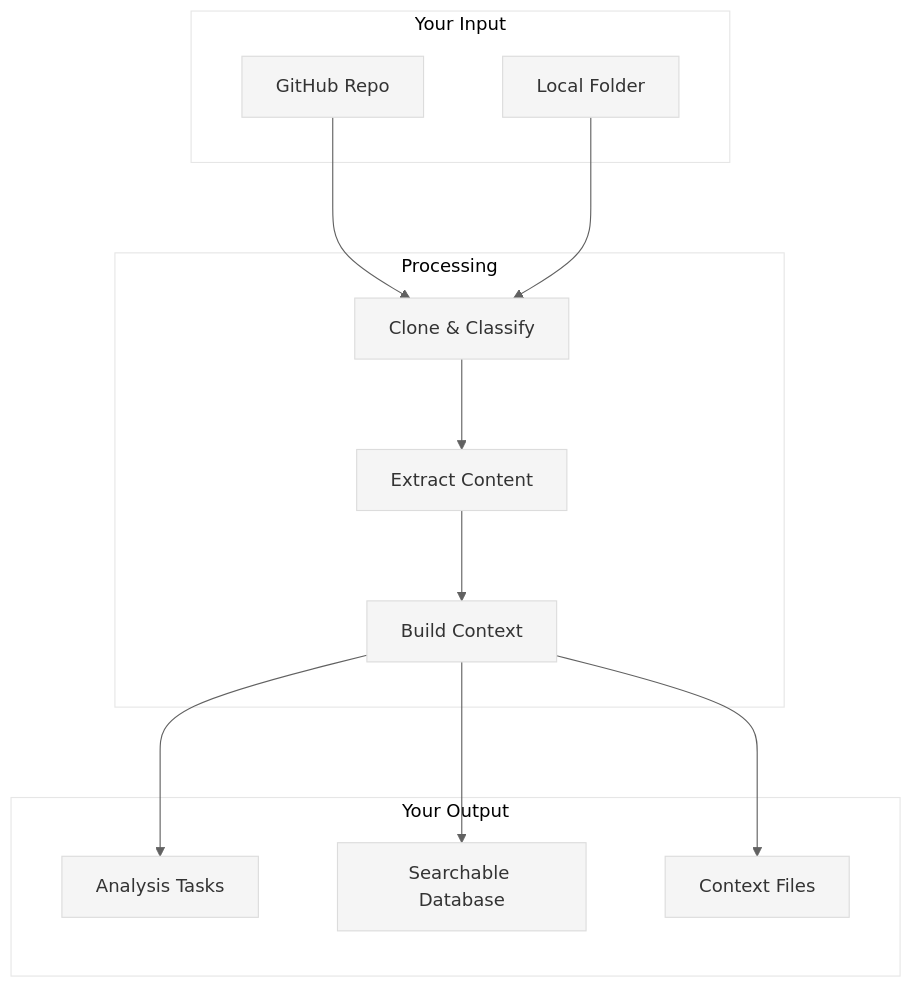
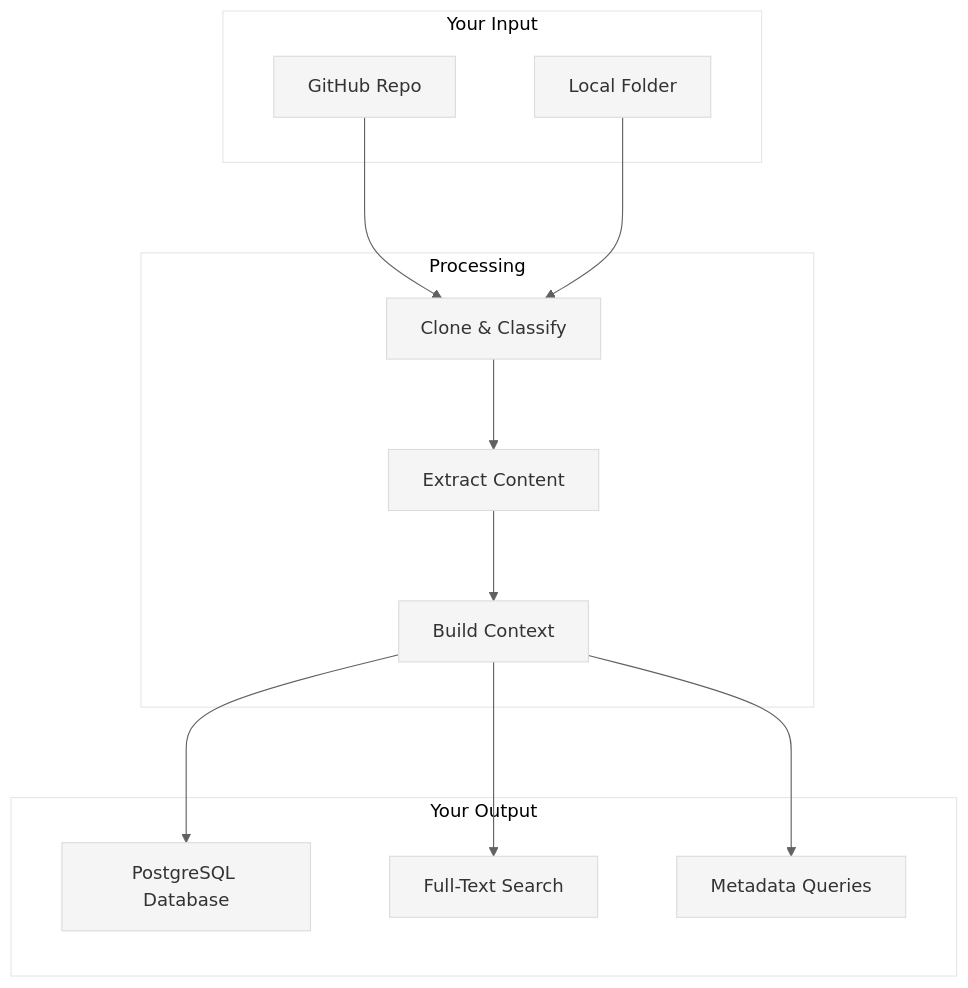
Before and after one commit to that-in-rust/pensieve-local-llm-server: the second of 3 diagrams in README.md, drawn with Mermaid. The commit also changed other lines of this file and 3 other files, not shown here.

````diff
--- a/README.md
+++ b/README.md
@@ -96,46 +89,46 @@
 ```mermaid
 %%{init: {
   "theme": "base",
   "themeVariables": {
     "primaryColor": "#F5F5F5",
     "secondaryColor": "#E0E0E0",
     "lineColor": "#616161",
     "textColor": "#212121",
     "fontSize": "16px",
     "fontFamily": "Helvetica, Arial, sans-serif"
   },
   "flowchart": {
     "nodeSpacing": 70,
     "rankSpacing": 80,
     "wrappingWidth": 160,
     "curve": "basis"
   },
   "useMaxWidth": false
 }}%%
 
 flowchart TD
     subgraph "Your Input"
         A[GitHub Repo]
         B[Local Folder]
     end
     
     subgraph "Processing"
         C[Clone & Classify]
         D[Extract Content]
         E[Build Context]
     end
     
     subgraph "Your Output"
-        F[Analysis Tasks]
-        G[Searchable Database]
-        H[Context Files]
+        F[PostgreSQL Database]
+        G[Full-Text Search]
+        H[Metadata Queries]
     end
     
     A --> C
     B --> C
     C --> D
     D --> E
     E --> F
     E --> G
     E --> H
 ```
````
